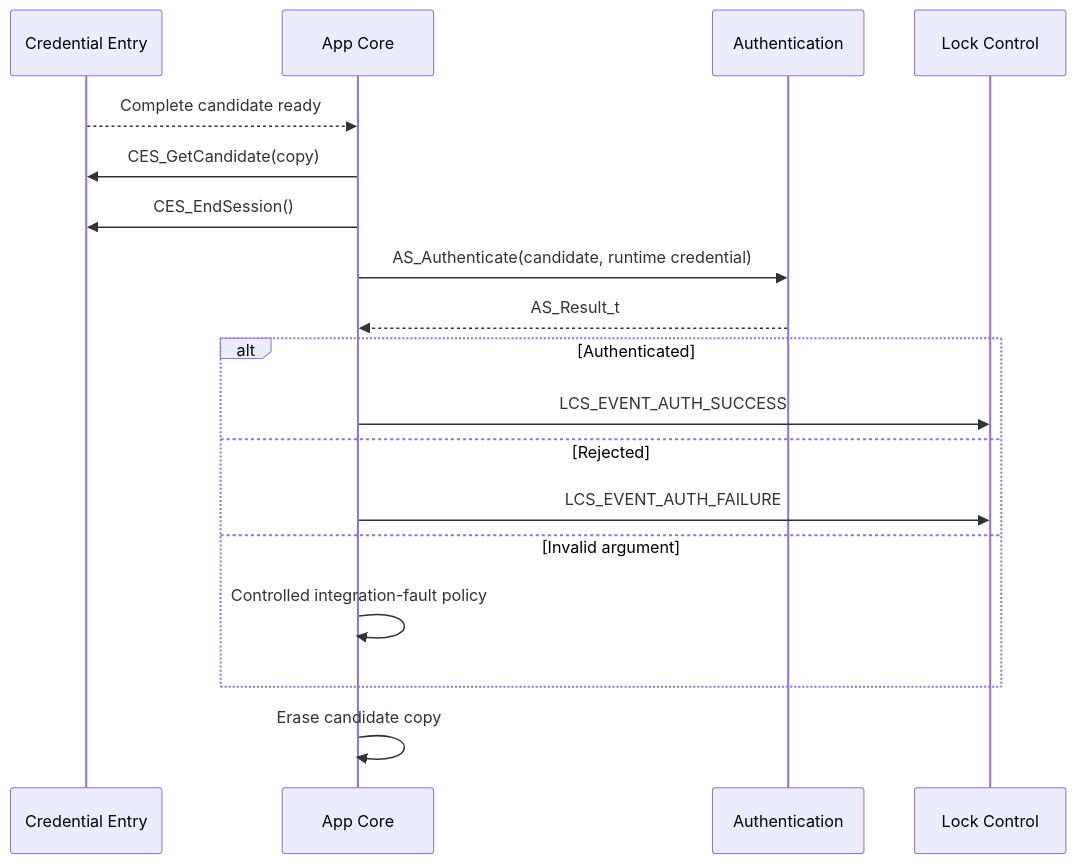
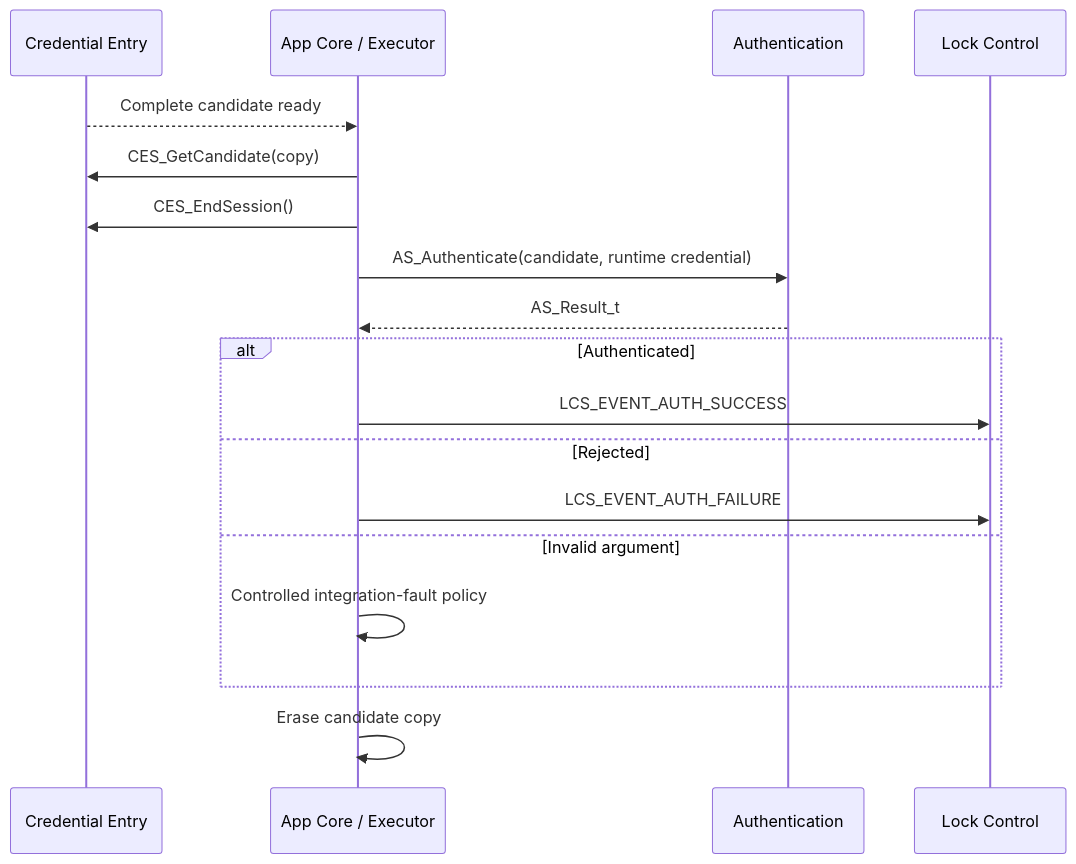
The third of 4 diagrams in Libs/Services/Authentication/README.md (JP-REY/STM32F103C8T6-Based-Electronic-Lock), drawn with Mermaid before and after one commit. The commit also changed other lines of this file and 22 other files, not shown here.

First line of the commit message:
docs: update project architecture and module documentation

````diff
--- a/Libs/Services/Authentication/README.md
+++ b/Libs/Services/Authentication/README.md
@@ -457,23 +461,23 @@
 ```mermaid
 sequenceDiagram
     participant CES as Credential Entry
-    participant APP as App Core
+    participant APP as App Core / Executor
     participant AS as Authentication
     participant LCS as Lock Control
 
     CES-->>APP: Complete candidate ready
     APP->>CES: CES_GetCandidate(copy)
     APP->>CES: CES_EndSession()
     APP->>AS: AS_Authenticate(candidate, runtime credential)
     AS-->>APP: AS_Result_t
 
     alt Authenticated
         APP->>LCS: LCS_EVENT_AUTH_SUCCESS
     else Rejected
         APP->>LCS: LCS_EVENT_AUTH_FAILURE
     else Invalid argument
         APP->>APP: Controlled integration-fault policy
     end
 
     APP->>APP: Erase candidate copy
 ```
````
